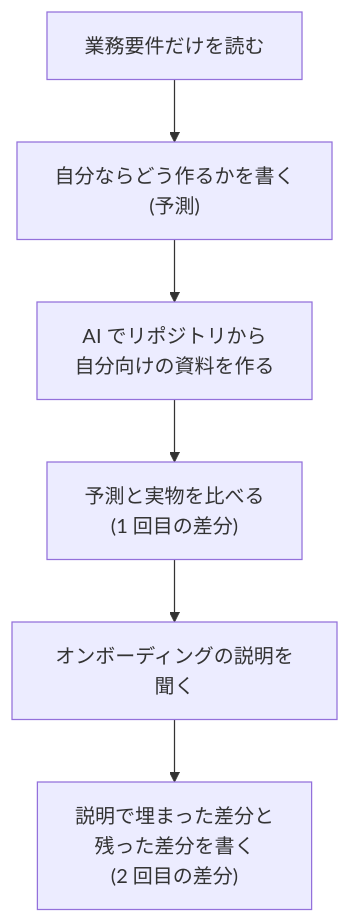
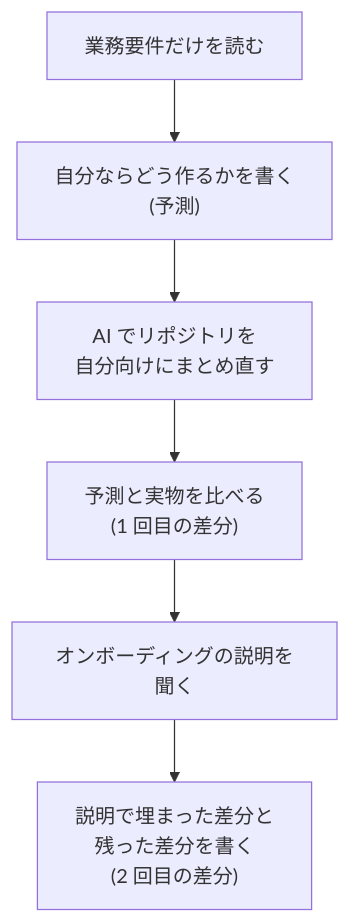
One commit to kimuchanman/kimuchanman.github.io changed the diagram in src/content/blog/onboarding-by-prediction-diff.md. Above: the diagram before and after it, drawn with Mermaid. The commit also changed other lines of this file, not shown here.

````diff
--- a/src/content/blog/onboarding-by-prediction-diff.md
+++ b/src/content/blog/onboarding-by-prediction-diff.md
@@ -15,8 +15,8 @@
 ```mermaid
 flowchart TB
   A["業務要件だけを読む"] --> B["自分ならどう作るかを書く<br/>(予測)"]
-  B --> C["AI でリポジトリから<br/>自分向けの資料を作る"]
+  B --> C["AI でリポジトリを<br/>自分向けにまとめ直す"]
   C --> D["予測と実物を比べる<br/>(1 回目の差分)"]
   D --> E["オンボーディングの説明を聞く"]
   E --> F["説明で埋まった差分と<br/>残った差分を書く<br/>(2 回目の差分)"]
 ```
````
